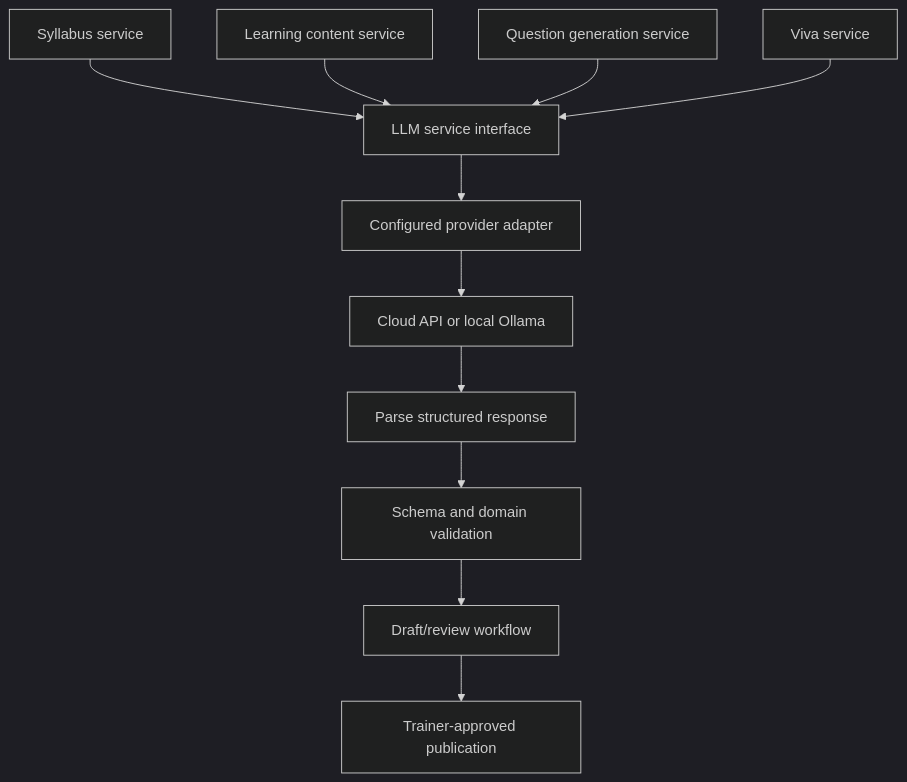
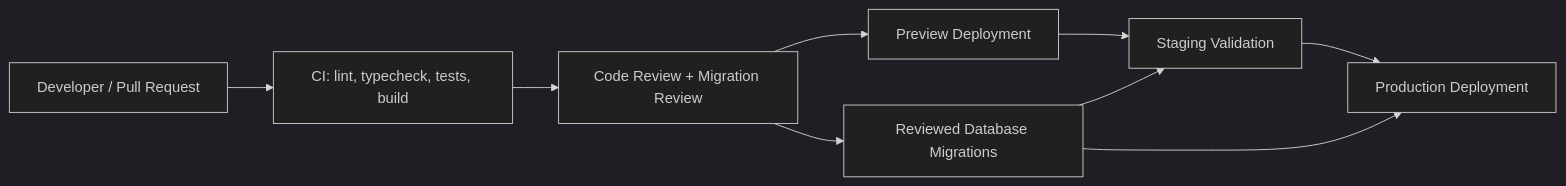
One commit to adi7406/kurukshetra changed the fourth of 4 diagrams in docs/Architecture.md. Above: the diagram before and after it, drawn with Mermaid (dark theme). The commit also changed other lines of this file and 5 other files, not shown here.

````diff
--- a/docs/Architecture.md
+++ b/docs/Architecture.md
@@ -436,13 +457,15 @@
 ```mermaid
-flowchart TD
-    Syllabus[Syllabus service] --> LLMService[LLM service interface]
-    Content[Learning content service] --> LLMService
-    Questions[Question generation service] --> LLMService
-    Viva[Viva service] --> LLMService
-    LLMService --> ProviderAdapter[Configured provider adapter]
-    ProviderAdapter --> Model[Cloud API or local Ollama]
-    Model --> Parser[Parse structured response]
-    Parser --> Validator[Schema and domain validation]
-    Validator --> Review[Draft/review workflow]
-    Review --> Publish[Trainer-approved publication]
+flowchart LR
+    Dev[Developer / Pull Request]
+    CI[CI: lint, typecheck, tests, build]
+    Review[Code Review + Migration Review]
+    Preview[Preview Deployment]
+    Stage[Staging Validation]
+    Prod[Production Deployment]
+    Migrate[Reviewed Database Migrations]
+
+    Dev --> CI --> Review --> Preview --> Stage --> Prod
+    Review --> Migrate
+    Migrate --> Stage
+    Migrate --> Prod
 ```
````
